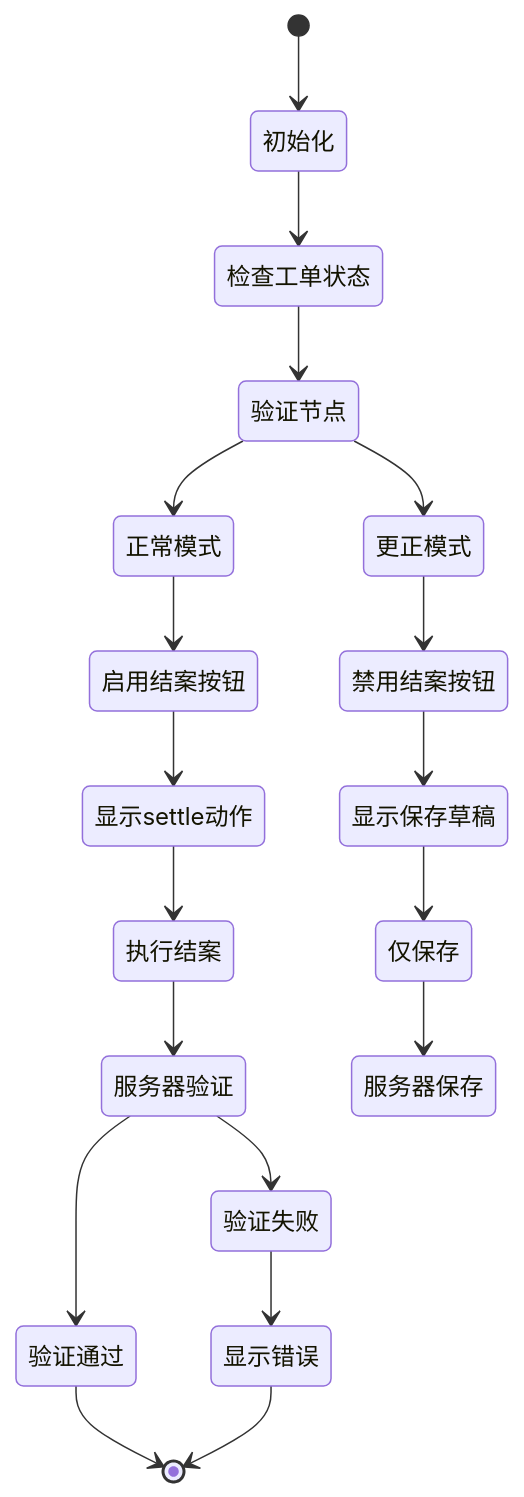
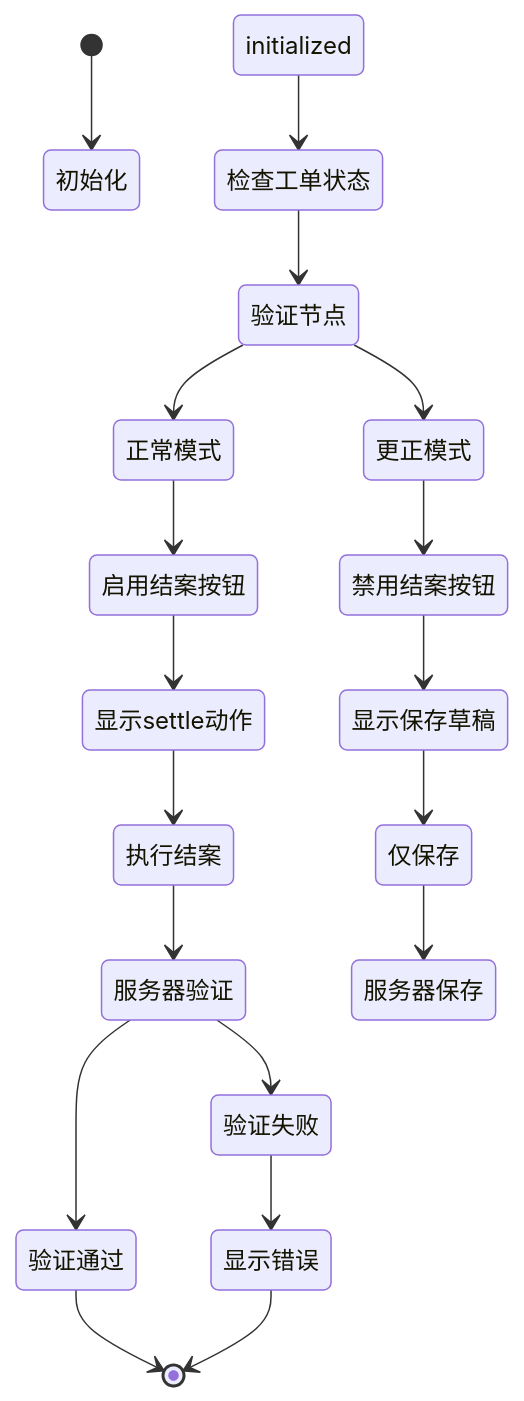
The tenth of 11 diagrams in .qoder/repowiki/zh/content/前端组件架构/服务工作流增强/结案交接模态框.md (CubeEdge/Longhorn), drawn with Mermaid before and after one commit. The commit also changed other lines of this file and 28 other files, not shown here.

````diff
--- a/.qoder/repowiki/zh/content/前端组件架构/服务工作流增强/结案交接模态框.md
+++ b/.qoder/repowiki/zh/content/前端组件架构/服务工作流增强/结案交接模态框.md
@@ -326,21 +457,21 @@
 ```mermaid
 stateDiagram-v2
 [*] --> 初始化
-初始化 --> 检查工单状态
+initialized --> 检查工单状态
 检查工单状态 --> 验证节点
 验证节点 --> 正常模式
 验证节点 --> 更正模式
 正常模式 --> 启用结案按钮
 更正模式 --> 禁用结案按钮
 启用结案按钮 --> 显示settle动作
 禁用结案按钮 --> 显示保存草稿
 显示settle动作 --> 执行结案
 显示保存草稿 --> 仅保存
 执行结案 --> 服务器验证
 仅保存 --> 服务器保存
 服务器验证 --> 验证通过
 服务器验证 --> 验证失败
 验证通过 --> [*]
 验证失败 --> 显示错误
 显示错误 --> [*]
 ```
````
